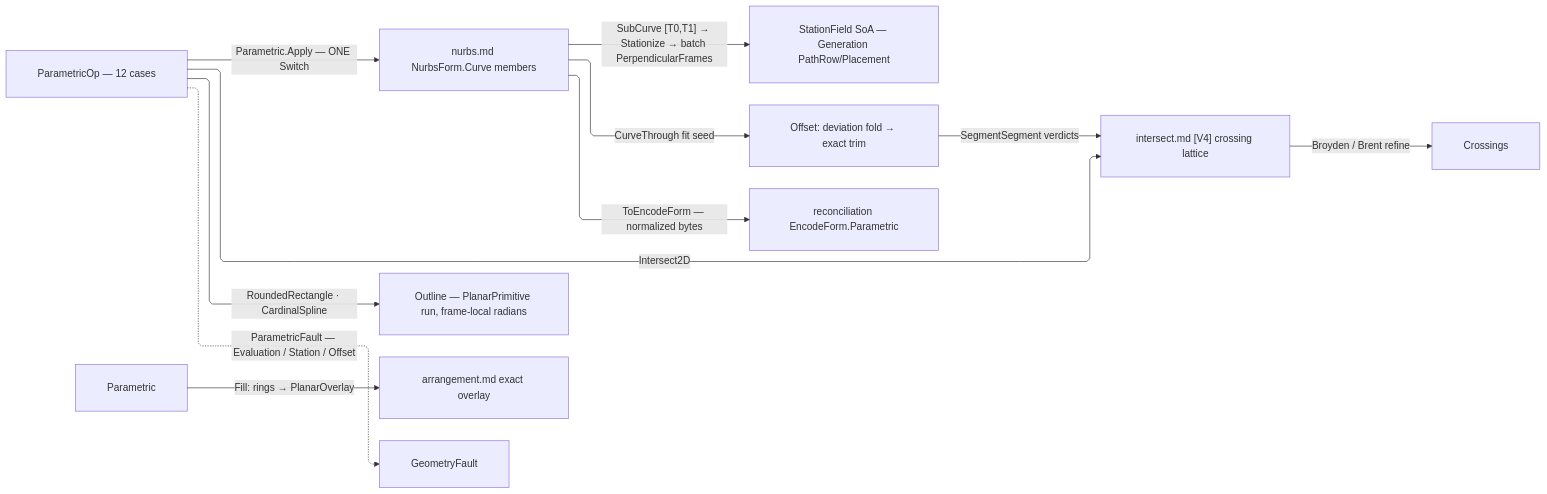
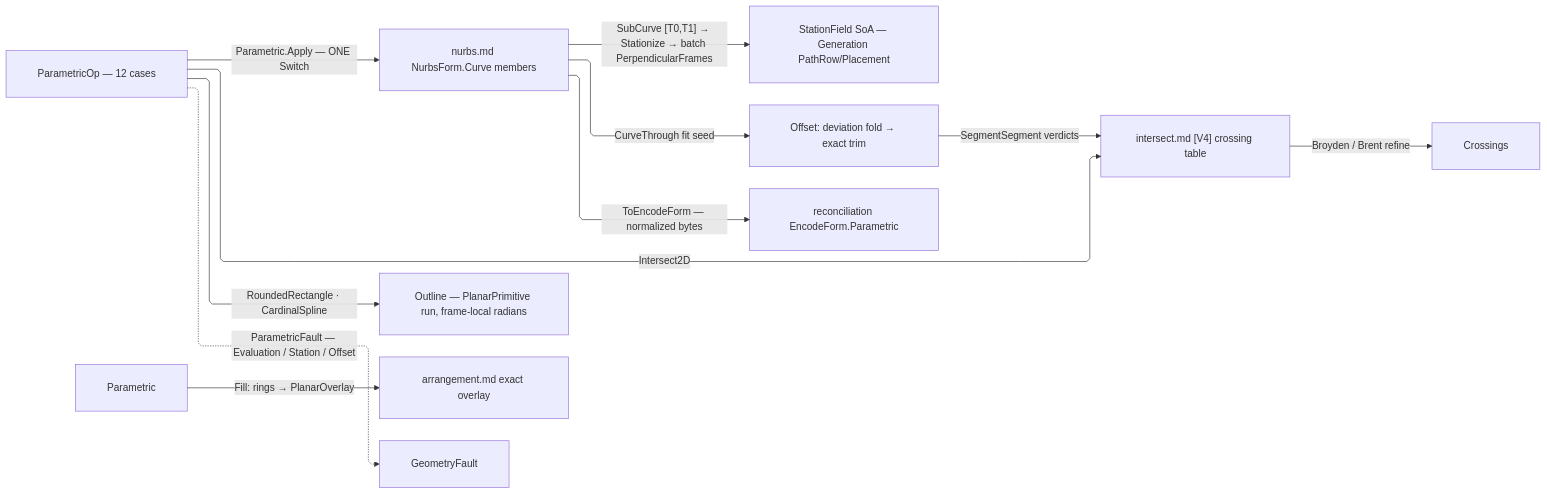
One commit to bsamiee/Rasm changed the diagram in libs/dotnet/Rasm/.planning/Parametric/curve.md. Above: the diagram before and after it, drawn with Mermaid. The commit also changed other lines of this file and 1997 other files, not shown here.

````diff
--- a/libs/dotnet/Rasm/.planning/Parametric/curve.md
+++ b/libs/dotnet/Rasm/.planning/Parametric/curve.md
@@ -319,22 +319,22 @@
 ```mermaid
 ---
 config:
   layout: elk
   flowchart:
     curve: linear
     padding: 25
 ---
 flowchart LR
     accTitle: Parametric curve dispatch
-    accDescr: Curve operations compose the vendored engine, exact crossing lattice, arrangement owner, and identity projection.
+    accDescr: Curve operations compose the vendored engine, exact crossing table, arrangement owner, and identity projection.
     Op["ParametricOp — 12 cases"] -->|"Parametric.Apply — ONE Switch"| Engine["nurbs.md NurbsForm.Curve members"]
     Op -->|"RoundedRectangle · CardinalSpline"| Outline["Outline — PlanarPrimitive run, frame-local radians"]
     Engine -->|"SubCurve [T0,T1] → Stationize → batch PerpendicularFrames"| Wire["StationField SoA — Generation PathRow/Placement"]
     Engine -->|"CurveThrough fit seed"| Offset["Offset: deviation fold → exact trim"]
-    Offset -->|"SegmentSegment verdicts"| Lattice["intersect.md [V4] crossing lattice"]
-    Op -->|"Intersect2D"| Lattice
-    Lattice -->|"Broyden / Brent refine"| Crossings
+    Offset -->|"SegmentSegment verdicts"| Table["intersect.md [V4] crossing table"]
+    Op -->|"Intersect2D"| Table
+    Table -->|"Broyden / Brent refine"| Crossings
     Parametric -->|"Fill: rings → PlanarOverlay"| Arrangement["arrangement.md exact overlay"]
     Engine -->|"ToEncodeForm — normalized bytes"| Identity["reconciliation EncodeForm.Parametric"]
     Op -.->|"ParametricFault — Evaluation / Station / Offset"| GeometryFault
 ```
````
